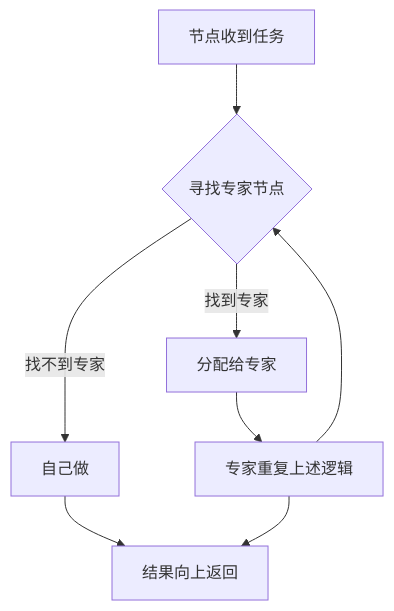
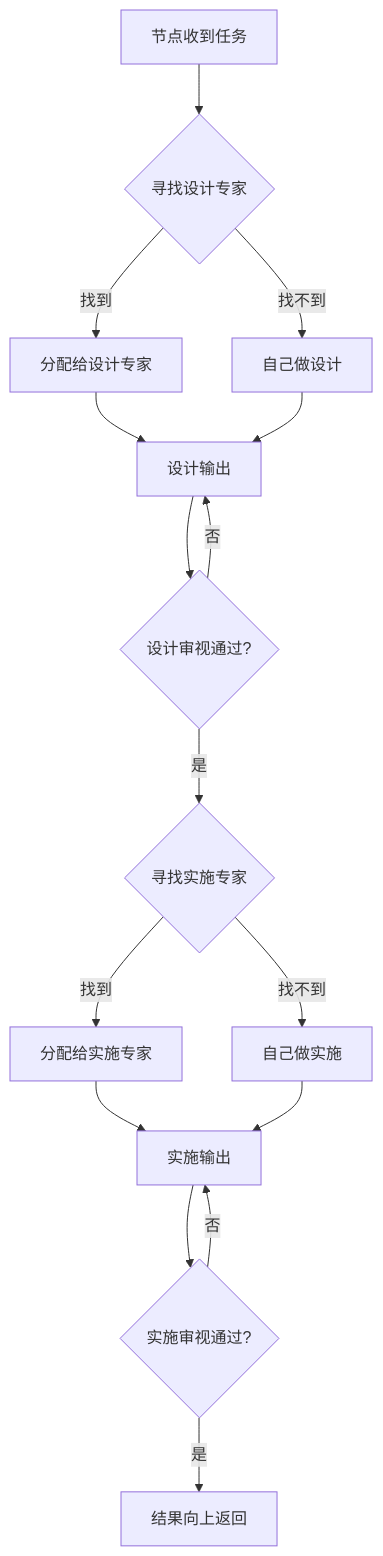
One commit to THZSummer/sddu changed the second of 2 diagrams in .sddu/specs-tree-root/specs-tree-solo-team-flow/README.md. Above: the diagram before and after it, drawn with Mermaid. The commit also changed other lines of this file and 5 other files, not shown here.

````diff
--- a/.sddu/specs-tree-root/specs-tree-solo-team-flow/README.md
+++ b/.sddu/specs-tree-root/specs-tree-solo-team-flow/README.md
@@ -46,10 +55,18 @@
 ```mermaid
 flowchart TD
-    A[节点收到任务] --> B{寻找专家节点}
-    B -->|找到专家| C[分配给专家]
-    C --> D[专家重复上述逻辑]
-    D --> B
-    B -->|找不到专家| E[自己做]
-    E --> F[结果向上返回]
-    D --> F
+    A[节点收到任务] --> B1{寻找设计专家}
+    B1 -->|找到| C1[分配给设计专家]
+    B1 -->|找不到| D1[自己做设计]
+    C1 --> E1[设计输出]
+    D1 --> E1
+    E1 --> F1{设计审视通过?}
+    F1 -->|否| E1
+    F1 -->|是| B2{寻找实施专家}
+    B2 -->|找到| C2[分配给实施专家]
+    B2 -->|找不到| D2[自己做实施]
+    C2 --> E2[实施输出]
+    D2 --> E2
+    E2 --> F2{实施审视通过?}
+    F2 -->|否| E2
+    F2 -->|是| H[结果向上返回]
 ```
````
